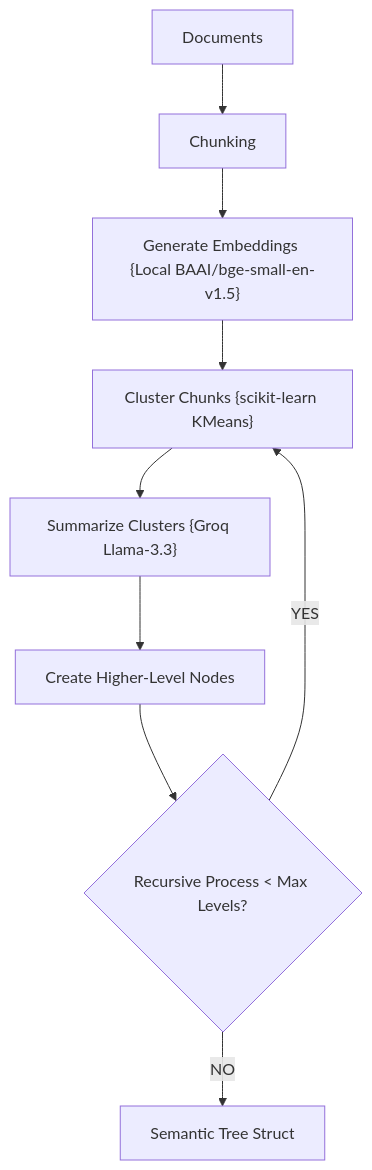
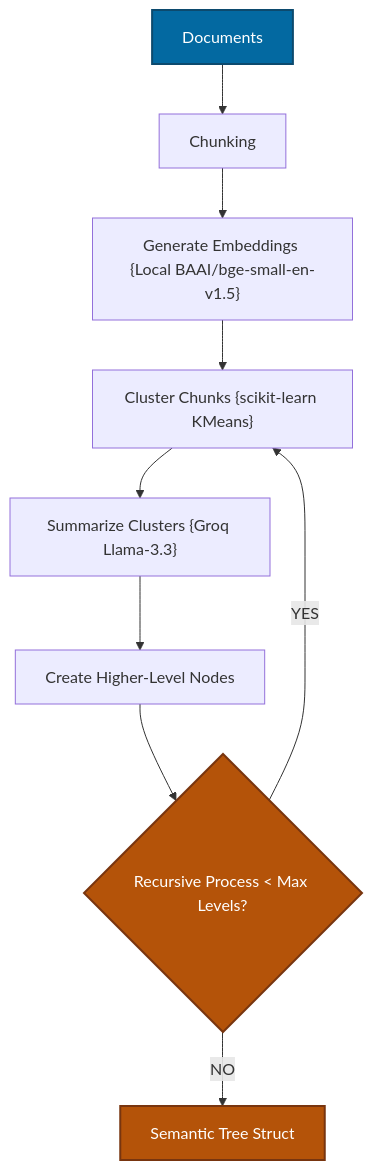
Before and after one commit to mohd-faizy/RAG-Design-Patterns: the first of 2 diagrams in 12_RAPTOR_RAG/README.md, drawn with Mermaid. The commit also changed other lines of this file and 18 other files, not shown here.

````diff
--- a/12_RAPTOR_RAG/README.md
+++ b/12_RAPTOR_RAG/README.md
@@ -33,11 +33,15 @@
 ```mermaid
 graph TD
     Doc[Documents] --> Chunking[Chunking]
     Chunking --> Embeddings["Generate Embeddings {Local BAAI/bge-small-en-v1.5}"]
     Embeddings --> Clustering["Cluster Chunks {scikit-learn KMeans}"]
     Clustering --> Summarize["Summarize Clusters {Groq Llama-3.3}"]
     Summarize --> HigherLevel["Create Higher-Level Nodes"]
     HigherLevel --> Recursive{"Recursive Process < Max Levels?"}
     Recursive -- YES --> Clustering
     Recursive -- NO --> Tree["Semantic Tree Struct"]
+
+    style Doc fill:#0369A1,stroke:#0C4A6E,stroke-width:2px,color:#fff
+    style Tree fill:#B45309,stroke:#78350F,stroke-width:2px,color:#fff
+    style Recursive fill:#B45309,stroke:#78350F,stroke-width:2px,color:#fff
 ```
````
